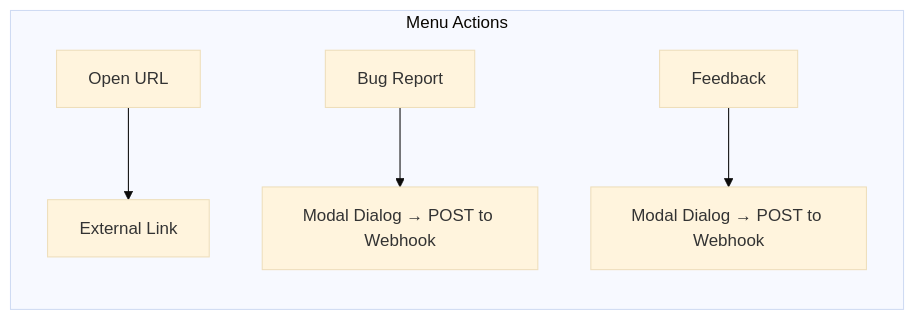
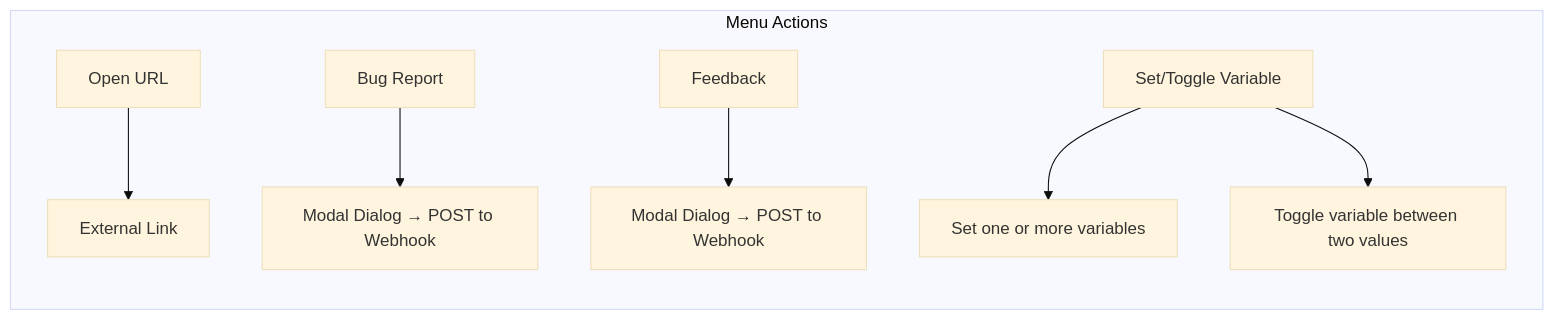
The second of 3 diagrams in extension/README.md (ptarmiganlabs/qs-help-button), drawn with Mermaid (base theme) before and after one commit. The commit also changed other lines of this file, not shown here.

Commit message:
docs: Add set/toggle variable action type to menu items

````diff
--- a/extension/README.md
+++ b/extension/README.md
@@ -73,8 +80,10 @@
 ```mermaid
 flowchart LR
     subgraph Menu Actions
         A[Open URL] --> B[External Link]
         C[Bug Report] --> D[Modal Dialog → POST to Webhook]
         E[Feedback] --> F[Modal Dialog → POST to Webhook]
+        G[Set/Toggle Variable] --> H[Set one or more variables]
+        G --> I[Toggle variable between two values]
     end
 ```
````
